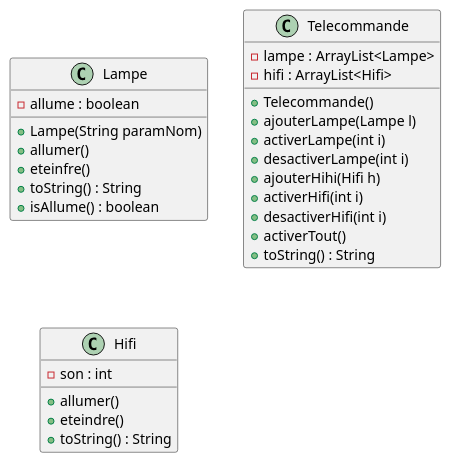
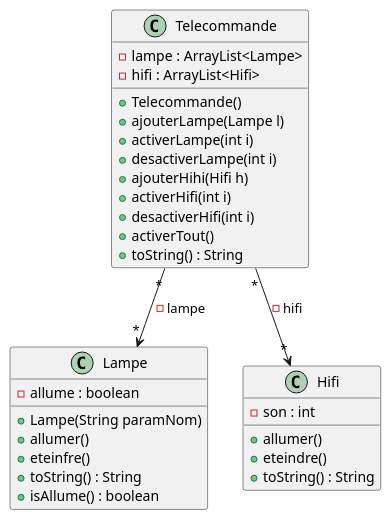
Before and after one commit to LDoan2/2022_coo_domotique_DOAN_OUDIN: the diagram in Diagramme.puml, drawn with PlantUML.

Commit message:
diagramme

```diff
--- a/Diagramme.puml
+++ b/Diagramme.puml
@@ -1,38 +1,42 @@
 @startuml
 
 
 
 class Lampe{
 -allume : boolean
 +Lampe(String paramNom)
 +allumer()
 +eteinfre()
 +toString() : String
 +isAllume() : boolean
 }
 
 
 class Telecommande{
 -lampe : ArrayList<Lampe>
 -hifi : ArrayList<Hifi>
 +Telecommande()
 +ajouterLampe(Lampe l)
 +activerLampe(int i)
 +desactiverLampe(int i)
 +ajouterHihi(Hifi h)
 +activerHifi(int i)
 +desactiverHifi(int i)
 +activerTout()
 +toString() : String
 }
 
 
 
 class Hifi {
 -son : int
 +allumer()
 +eteindre()
 +toString() : String
 }
 
+
+Telecommande "*"-->"*" Lampe :-lampe
+Telecommande "*"--> "*"Hifi  : -hifi
+
 @enduml
```
